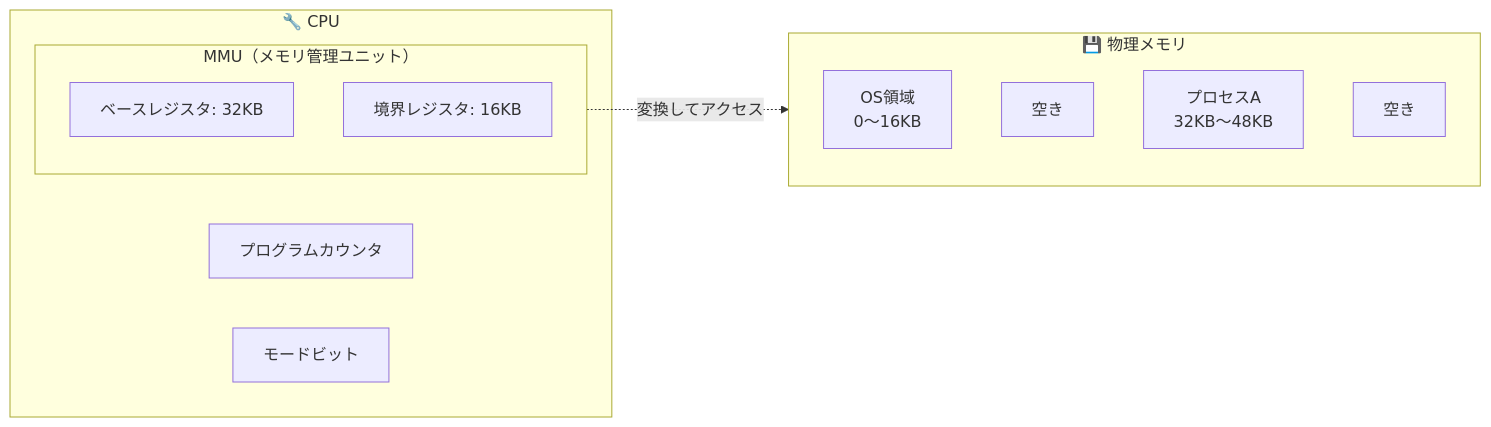
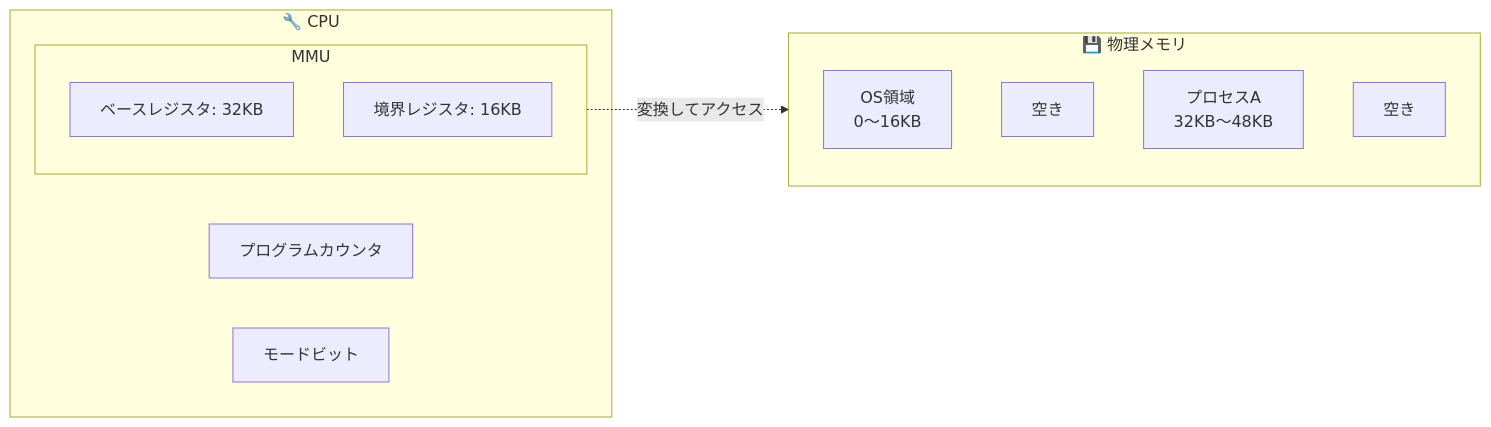
The first of 2 diagrams in three-easy-pieces-note/15.md (tonton-k37/study-notes), drawn with Mermaid before and after one commit. The commit also changed other lines of this file and 33 other files, not shown here.

````diff
--- a/three-easy-pieces-note/15.md
+++ b/three-easy-pieces-note/15.md
@@ -50,20 +53,20 @@
 ```mermaid
 graph LR
     subgraph CPU["🔧 CPU"]
-        subgraph MMU["MMU（メモリ管理ユニット）"]
+        subgraph MMU["MMU"]
             BASE["ベースレジスタ: 32KB"]
             BOUND["境界レジスタ: 16KB"]
         end
         PC["プログラムカウンタ"]
         MODE["モードビット"]
     end
 
     subgraph RAM["💾 物理メモリ"]
         OS_AREA["OS領域<br/>0〜16KB"]
         FREE1["空き"]
         PROC["プロセスA<br/>32KB〜48KB"]
         FREE2["空き"]
     end
 
     MMU -.->|"変換してアクセス"| RAM
 ```
````
